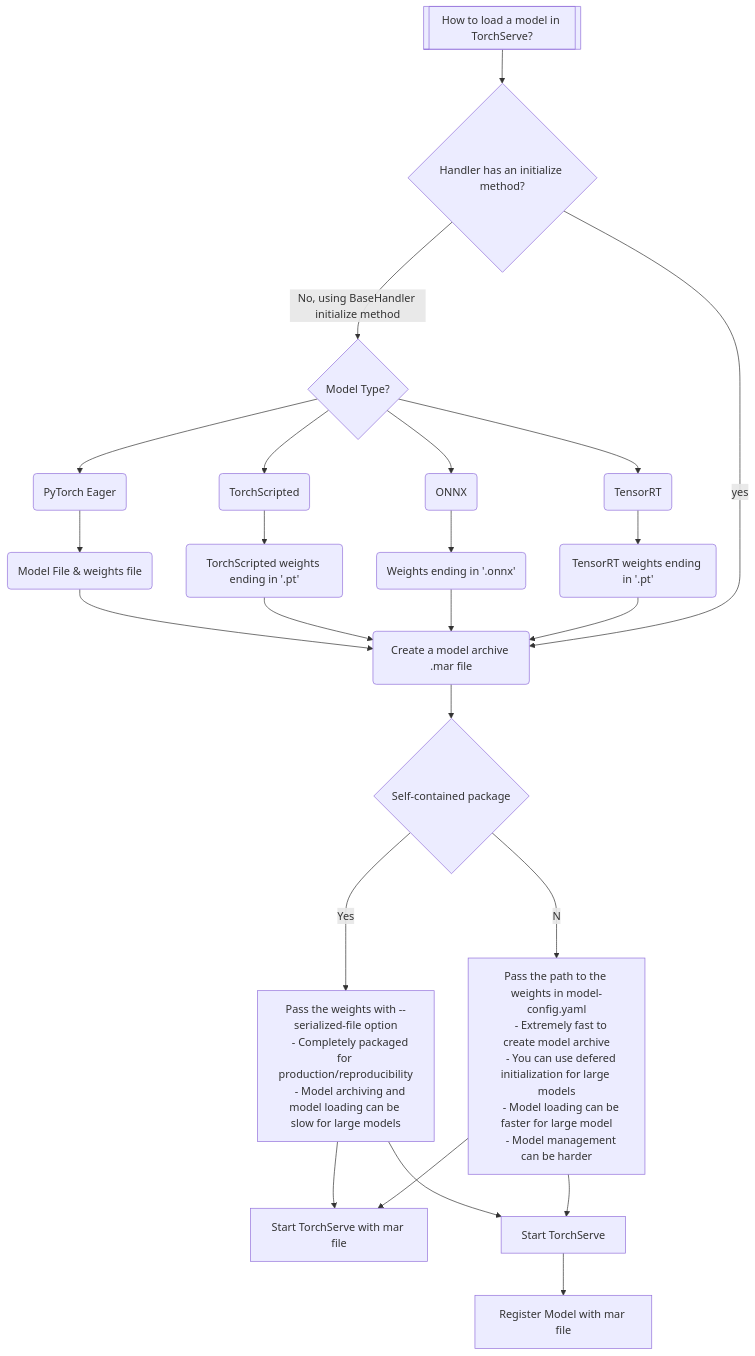
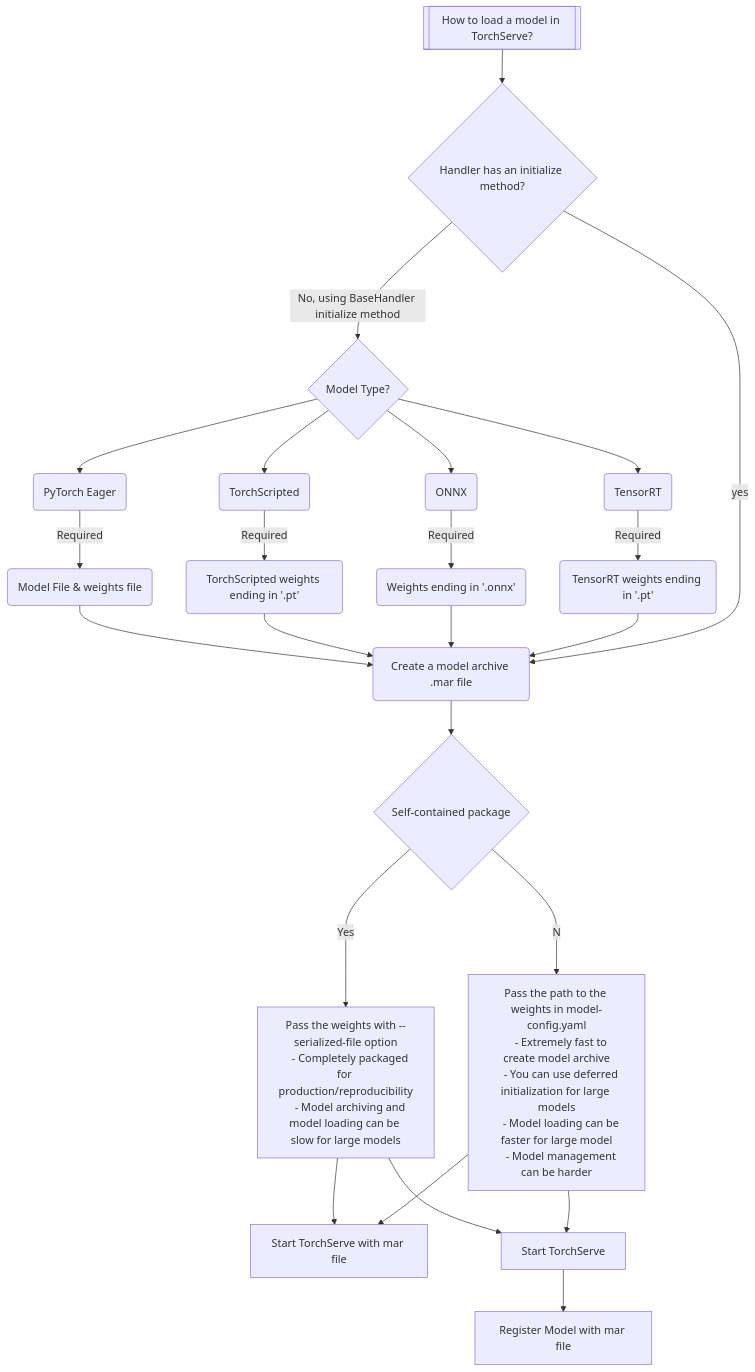
The diagram in docs/model_loading.md (pytorch/serve), drawn with Mermaid before and after one commit.

Commit message:
A guide for loading models in TorchServe

````diff
--- a/docs/model_loading.md
+++ b/docs/model_loading.md
@@ -5,24 +5,24 @@
 ```mermaid
 flowchart TD
     id1[[How to load a model in TorchServe?]] --> id13{Handler has an initialize method?}
     id13{Handler has an initialize method?} -- No, using BaseHandler initialize method --> id2{Model Type?} --> id3(PyTorch Eager)  & id4(TorchScripted) & id5(ONNX) & id6(TensorRT)
-    id3(PyTorch Eager) --> id7(Model File & weights file)
-    id4(TorchScripted) --> id8(TorchScripted weights ending in '.pt')
-    id5(ONNX) --> id9(Weights ending in '.onnx')
-    id6(TensorRT) --> id10(TensorRT weights ending in '.pt')
+    id3(PyTorch Eager) --Required--> id7(Model File & weights file)
+    id4(TorchScripted) --Required--> id8(TorchScripted weights ending in '.pt')
+    id5(ONNX) --Required--> id9(Weights ending in '.onnx')
+    id6(TensorRT) --Required--> id10(TensorRT weights ending in '.pt')
     id7(Model File & weights file) & id8(TorchScripted weights ending in '.pt') &  id9(Weights ending in '.onnx') & id10(TensorRT weights ending in '.pt') --> id11(Created a model archive .mar file)
     id13{Handler has an initialize method?} -- yes --> id11(Create a model archive .mar file)
     id15["Pass the weights with --serialized-file option
     - Completely packaged for production/reproducibility
     - Model archiving and model loading can be slow for large models"]
     id16["Pass the path to the weights in model-config.yaml
     - Extremely fast to create model archive
-    - You can use defered initialization for large models
+    - You can use deferred initialization for large models
     - Model loading can be faster for large model
     - Model management can be harder"]
 	id11(Create a model archive .mar file) --> id14{Self-contained package} --Yes--> id15
 	id14{Self-contained package} --No--> id16
 	id15 & id16 --> id17[Start TorchServe with mar file]
 	id15 & id16 --> id18[Start TorchServe] --> id19[Register Model with mar file]
 
 ```
````
